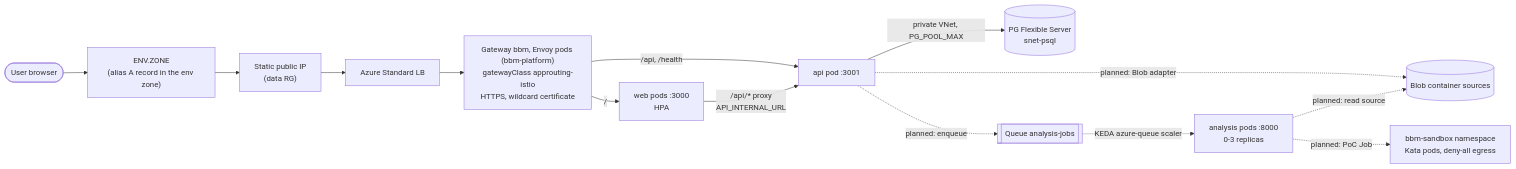
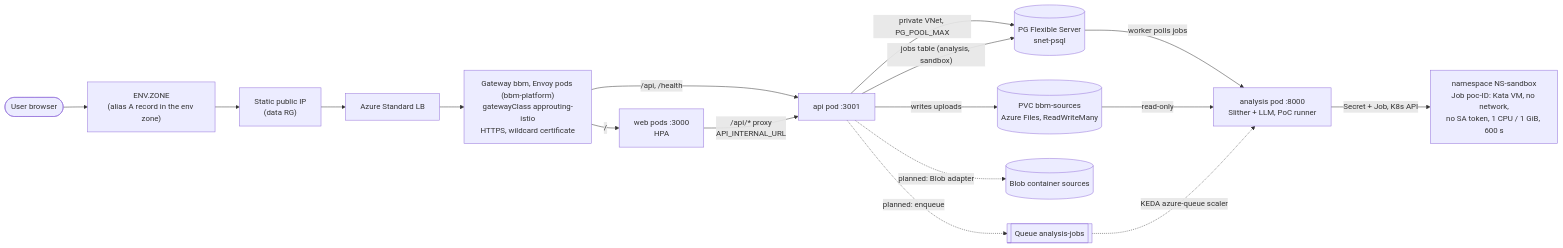
Before and after one commit to cse416-fa26-sixseven/bug-bounty-marketplace: the second of 5 diagrams in docs/devops/architecture.md, drawn with Mermaid. The commit also changed other lines of this file and 4 other files, not shown here.

Commit message:
docs: ADR 0004, PoC sandbox on AKS; architecture, cost, quota and lifecycle updates

````diff
--- a/docs/devops/architecture.md
+++ b/docs/devops/architecture.md
@@ -154,16 +161,19 @@
 ```mermaid
 flowchart LR
     U(["User browser"]) --> DNS["ENV.ZONE<br/>(alias A record in the env zone)"]
     DNS --> PIP["Static public IP<br/>(data RG)"]
     PIP --> LB["Azure Standard LB"]
     LB --> NGX["Gateway bbm, Envoy pods (bbm-platform)<br/>gatewayClass approuting-istio<br/>HTTPS, wildcard certificate"]
     NGX -- "/" --> WEB["web pods :3000<br/>HPA"]
     NGX -- "/api, /health" --> API["api pod :3001"]
     WEB -- "/api/* proxy<br/>API_INTERNAL_URL" --> API
     API -- "private VNet, PG_POOL_MAX" --> PG[("PG Flexible Server<br/>snet-psql")]
+    API -- "writes uploads" --> FS[("PVC bbm-sources<br/>Azure Files, ReadWriteMany")]
+    API -- "jobs table (analysis, sandbox)" --> PG
+    PG -- "worker polls jobs" --> AN["analysis pod :8000<br/>Slither + LLM, PoC runner"]
+    FS -- "read-only" --> AN
+    AN -- "Secret + Job, K8s API" --> SBX["namespace NS-sandbox<br/>Job poc-ID: Kata VM, no network,<br/>no SA token, 1 CPU / 1 GiB, 600 s"]
     API -. "planned: Blob adapter" .-> BLOB[("Blob container sources")]
     API -. "planned: enqueue" .-> Q[["Queue analysis-jobs"]]
-    Q -. "KEDA azure-queue scaler" .-> AN["analysis pods :8000<br/>0-3 replicas"]
-    AN -. "planned: read source" .-> BLOB
-    AN -. "planned: PoC Job" .-> SBX["bbm-sandbox namespace<br/>Kata pods, deny-all egress"]
+    Q -. "KEDA azure-queue scaler" .-> AN
 ```
````
